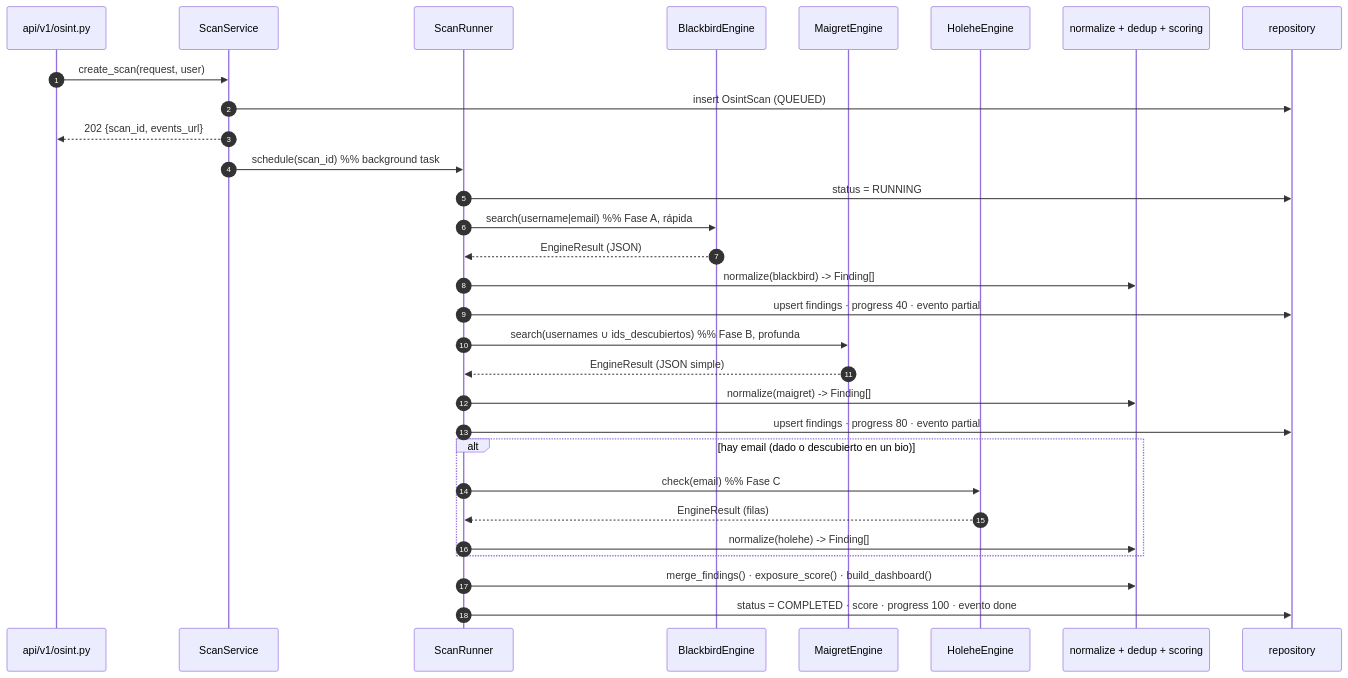
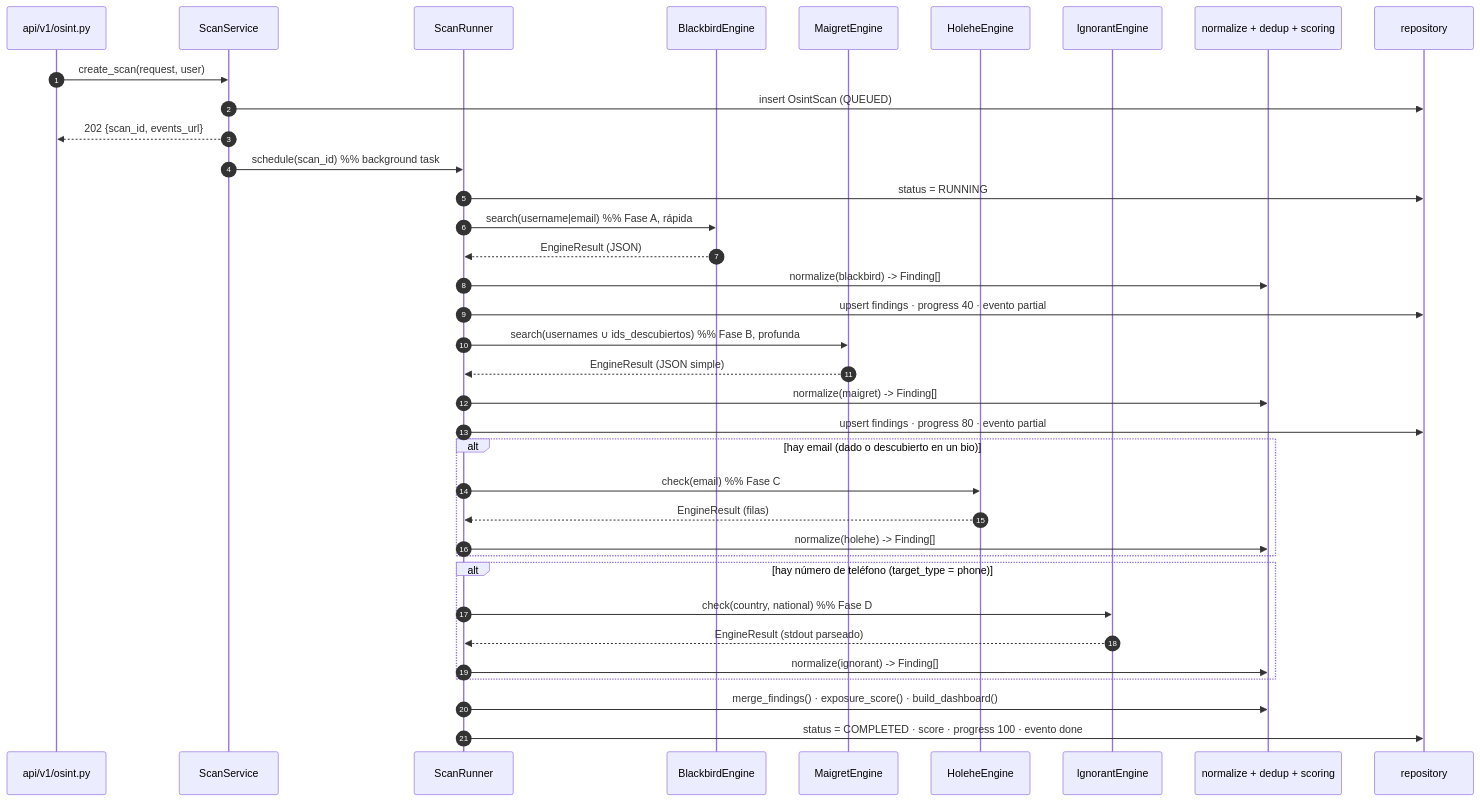
One commit to Hackaton-FEE/server changed the third of 3 diagrams in docs/osint-architecture.md. Above: the diagram before and after it, drawn with Mermaid. The commit also changed other lines of this file and 28 other files, not shown here.

Commit message:
identity graph

````diff
--- a/docs/osint-architecture.md
+++ b/docs/osint-architecture.md
@@ -374,37 +402,44 @@
 ```mermaid
 sequenceDiagram
     autonumber
     participant API as api/v1/osint.py
     participant Svc as ScanService
     participant Run as ScanRunner
     participant BB as BlackbirdEngine
     participant MG as MaigretEngine
     participant HO as HoleheEngine
+    participant IG as IgnorantEngine
     participant Norm as normalize + dedup + scoring
     participant DB as repository
 
     API->>Svc: create_scan(request, user)
     Svc->>DB: insert OsintScan (QUEUED)
     Svc-->>API: 202 {scan_id, events_url}
     Svc->>Run: schedule(scan_id)  %% background task
 
     Run->>DB: status = RUNNING
     Run->>BB: search(username|email)  %% Fase A, rápida
     BB-->>Run: EngineResult (JSON)
     Run->>Norm: normalize(blackbird) -> Finding[]
     Run->>DB: upsert findings · progress 40 · evento partial
 
     Run->>MG: search(usernames ∪ ids_descubiertos)  %% Fase B, profunda
     MG-->>Run: EngineResult (JSON simple)
     Run->>Norm: normalize(maigret) -> Finding[]
     Run->>DB: upsert findings · progress 80 · evento partial
 
     alt hay email (dado o descubierto en un bio)
         Run->>HO: check(email)  %% Fase C
         HO-->>Run: EngineResult (filas)
         Run->>Norm: normalize(holehe) -> Finding[]
     end
 
+    alt hay número de teléfono (target_type = phone)
+        Run->>IG: check(country, national)  %% Fase D
+        IG-->>Run: EngineResult (stdout parseado)
+        Run->>Norm: normalize(ignorant) -> Finding[]
+    end
+
     Run->>Norm: merge_findings() · exposure_score() · build_dashboard()
     Run->>DB: status = COMPLETED · score · progress 100 · evento done
 ```
````
